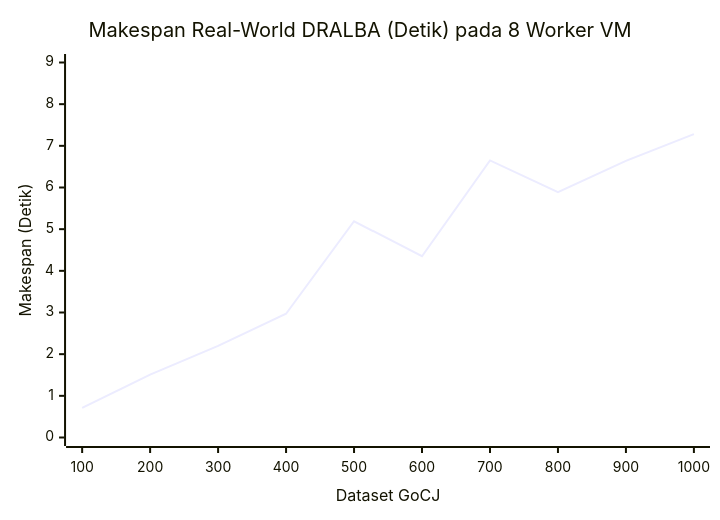
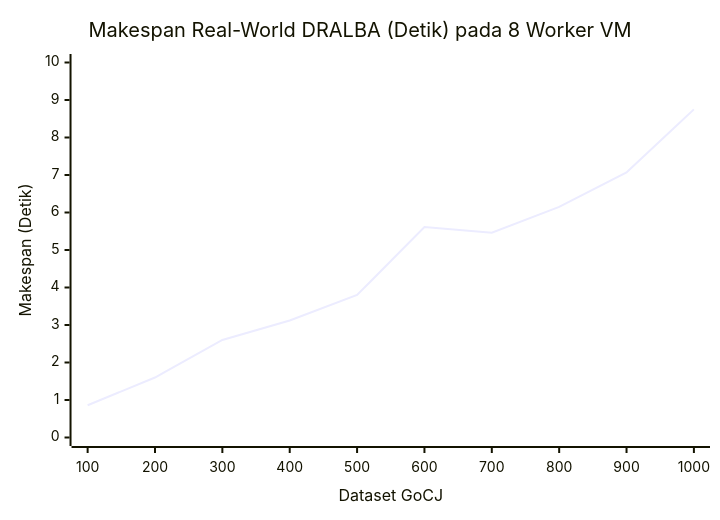
Before and after one commit to yudi0312/HeuristicAlgorithm_SokaA_Kelompok3: the third of 3 diagrams in README.md, drawn with Mermaid. The commit also changed other lines of this file and 3 other files, not shown here.

````diff
--- a/README.md
+++ b/README.md
@@ -401,7 +401,7 @@
 ```mermaid
 xychart-beta
     title "Makespan Real-World DRALBA (Detik) pada 8 Worker VM"
     x-axis "Dataset GoCJ" [100, 200, 300, 400, 500, 600, 700, 800, 900, 1000]
-    y-axis "Makespan (Detik)" 0 --> 9
-    line [0.71, 1.51, 2.20, 2.97, 5.19, 4.35, 6.65, 5.89, 6.64, 7.28]
+    y-axis "Makespan (Detik)" 0 --> 10
+    line [0.86, 1.60, 2.60, 3.12, 3.80, 5.61, 5.46, 6.15, 7.07, 8.75]
 ```
````
